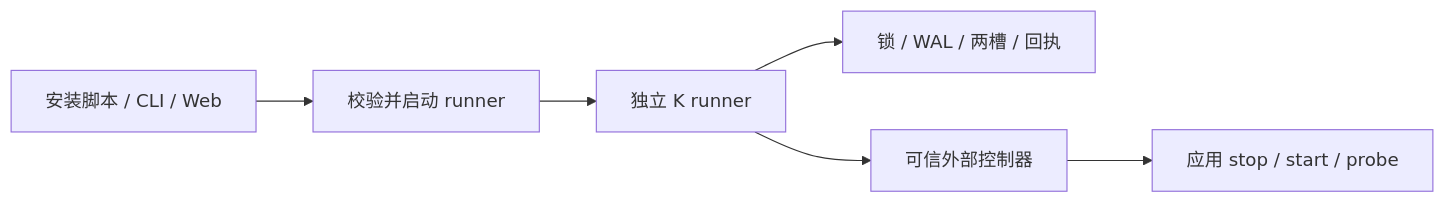
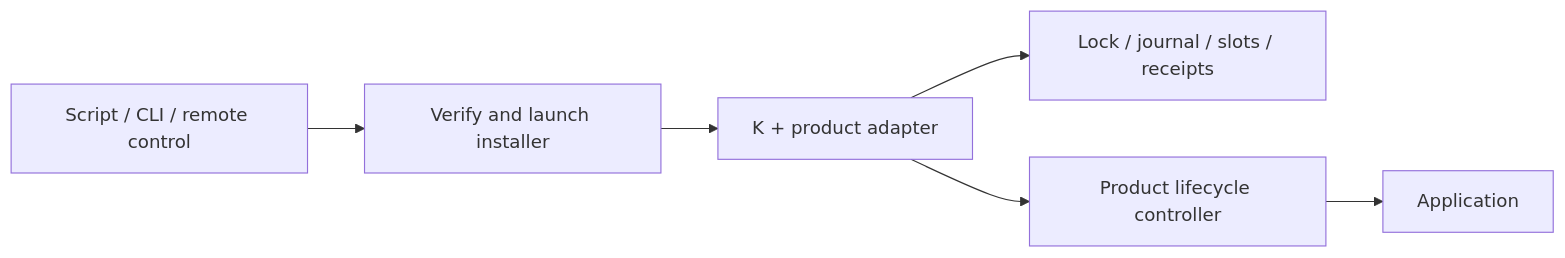
The diagram in docs/design.md (botiverse/k-carrier), drawn with Mermaid before and after one commit. The commit also changed other lines of this file and 5 other files, not shown here.

````diff
--- a/docs/design.md
+++ b/docs/design.md
@@ -7,8 +9,8 @@
 ```mermaid
 flowchart LR
-  Entry[安装脚本 / CLI / Web] --> Verify[校验并启动 runner]
-  Verify --> Runner[独立 K runner]
-  Runner --> State[锁 / WAL / 两槽 / 回执]
-  Runner --> Controller[可信外部控制器]
-  Controller --> App[应用 stop / start / probe]
+  Entry[Script / CLI / remote control] --> Launcher[Verify and launch installer]
+  Launcher --> Runner[K + product adapter]
+  Runner --> State[Lock / journal / slots / receipts]
+  Runner --> Controller[Product lifecycle controller]
+  Controller --> App[Application]
 ```
````
